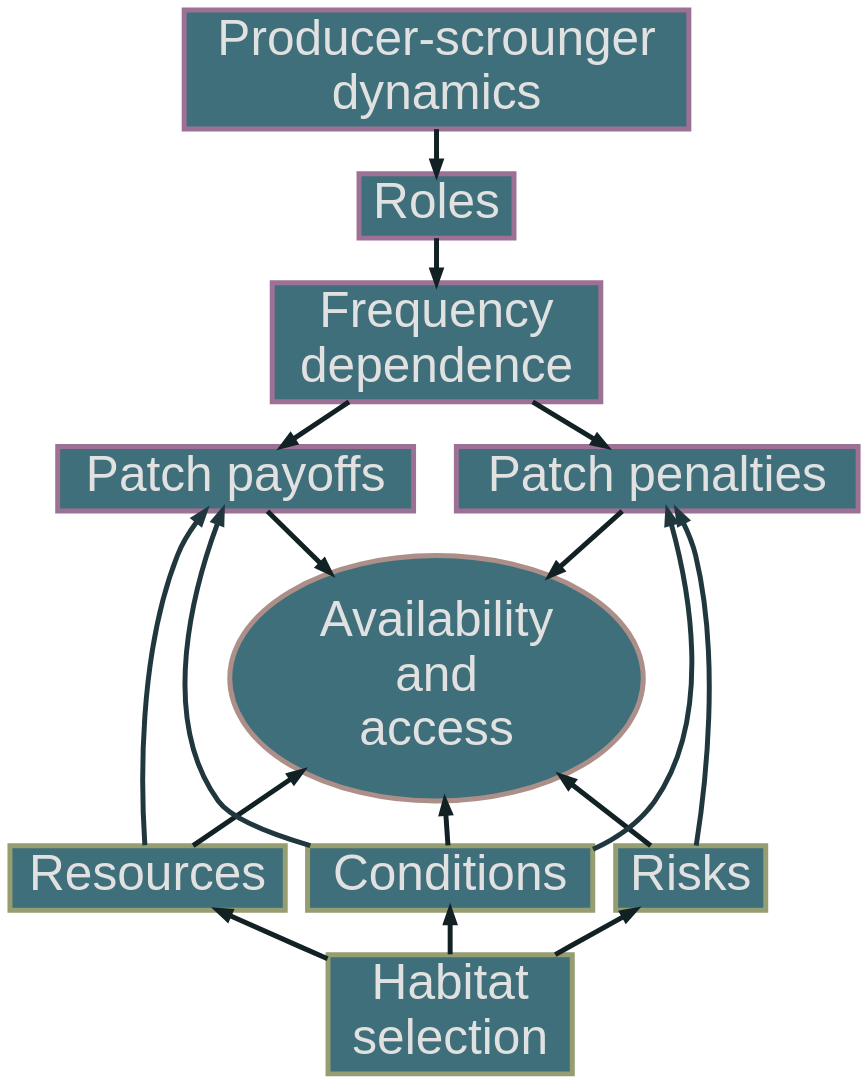
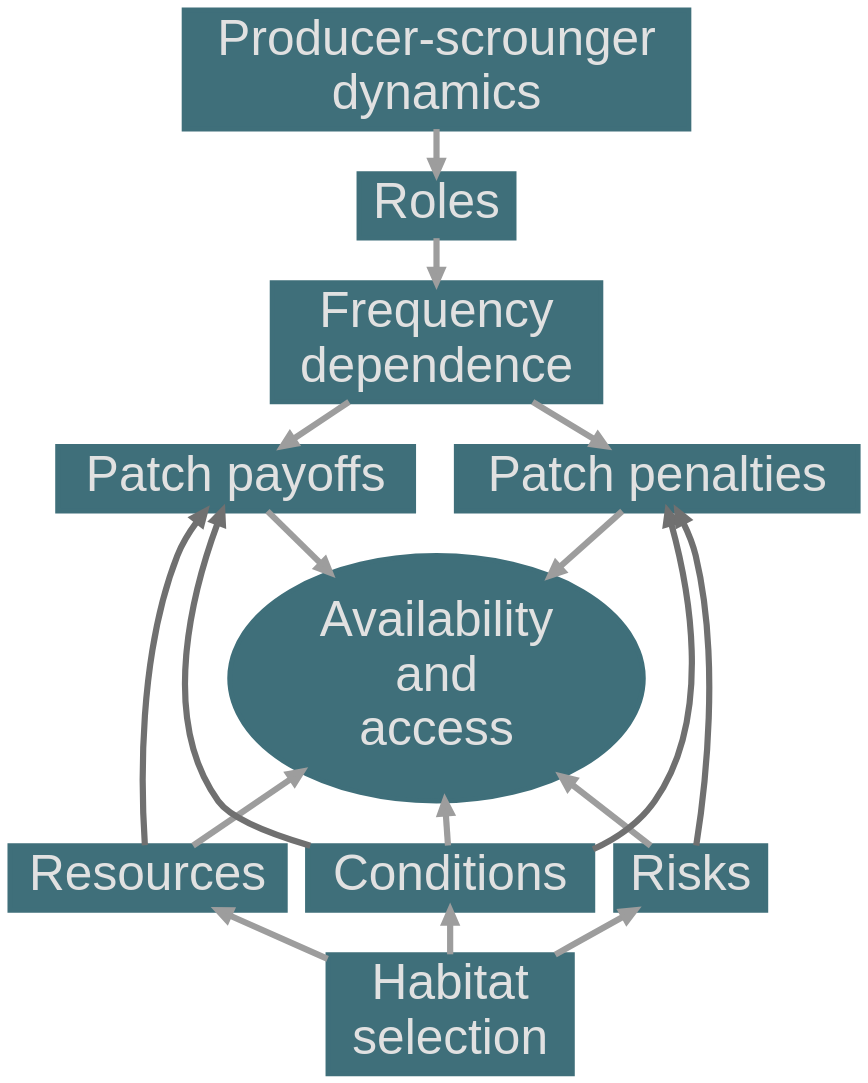
One commit to robitalec/comprehensive-exam changed the first of 2 diagrams in slides/slides.qmd. Above: the diagram before and after it, drawn with Graphviz. The commit also changed other lines of this file, not shown here.

````diff
--- a/slides/slides.qmd
+++ b/slides/slides.qmd
@@ -33,27 +33,27 @@
 ```{dot}
 digraph habitat_and_producer {
   bgcolor = transparent;
   rankdir = TB
 	node [fontsize = 40, shape = box, fontname = Helvetica, fontcolor = "#e1e1e1", style = filled, color = "#3f6f7a", fillcolor = "#3f6f7a", penwidth = 4]
-	edge [penwidth = 4, color = "#122124"] 
-	Habitat [label = "Habitat\nselection", color = "#959D71"]
-	Resources [color = "#959D71"]
-	Conditions [color = "#959D71"]
-	Risks [color = "#959D71"]
+	edge [penwidth = 5, color = "#9d9d9d"] 
+	Habitat [label = "Habitat\nselection"]
+	Resources []
+	Conditions []
+	Risks []
 
-    Roles [color = "#9d7195"]
-	access_avail [label = "Availability\nand\naccess", shape = ellipse, color = "#AD8F89"]
-	ps_dyn [label = "Producer-scrounger\ndynamics", color = "#9d7195"]
-	freq [label = "Frequency\ndependence", color = "#9d7195"]
-	patch_penalties [label = "Patch penalties", color = "#9d7195"]
-	patch_payoffs [label = "Patch payoffs", color = "#9d7195"]
+    Roles []
+	access_avail [label = "Availability\nand\naccess", shape = ellipse]
+	ps_dyn [label = "Producer-scrounger\ndynamics"]
+	freq [label = "Frequency\ndependence"]
+	patch_penalties [label = "Patch penalties"]
+	patch_payoffs [label = "Patch payoffs"]
 
 	ps_dyn -> Roles -> freq -> {patch_penalties patch_payoffs}
 	{patch_penalties patch_payoffs} -> access_avail
 	access_avail -> {Resources Conditions Risks} [dir = back]
-	{patch_penalties} ->  Risks [color = "#1f373d", dir = back]
-	patch_payoffs -> Resources [color = "#1f373d", dir = back]
-	{patch_payoffs patch_penalties} -> Conditions [color = "#1f373d", dir = back]
+	{patch_penalties} ->  Risks [color = "#707070", dir = back]
+	patch_payoffs -> Resources [color = "#707070", dir = back]
+	{patch_payoffs patch_penalties} -> Conditions [color = "#707070", dir = back]
 	{Resources Risks Conditions} -> Habitat [dir = back]
 }
 ```
````
